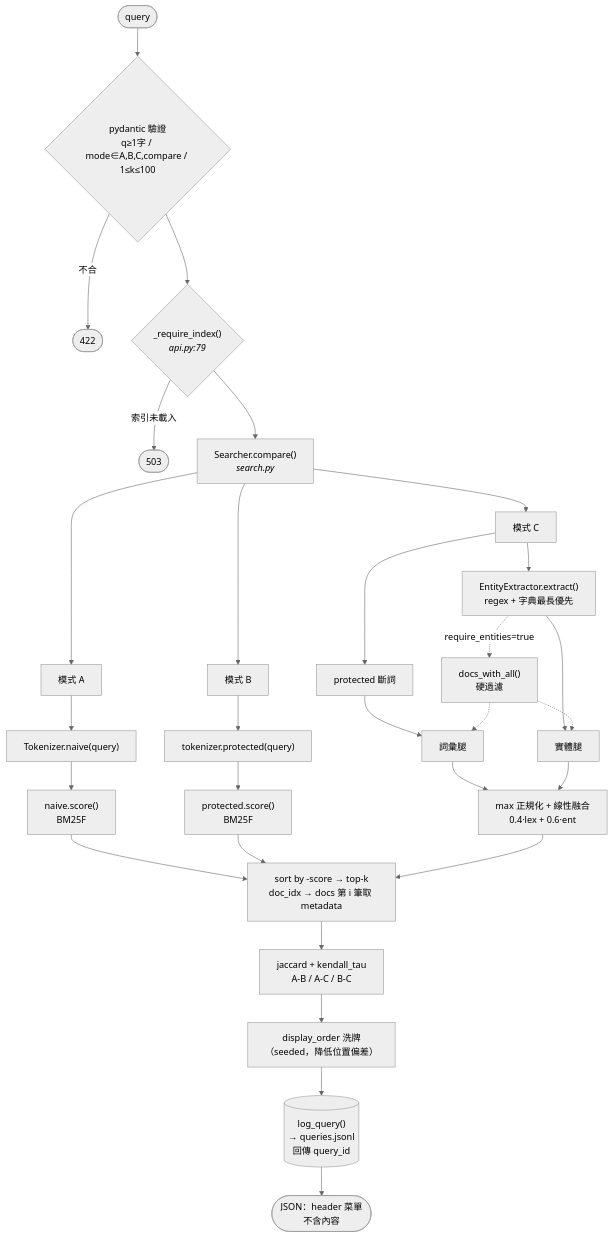
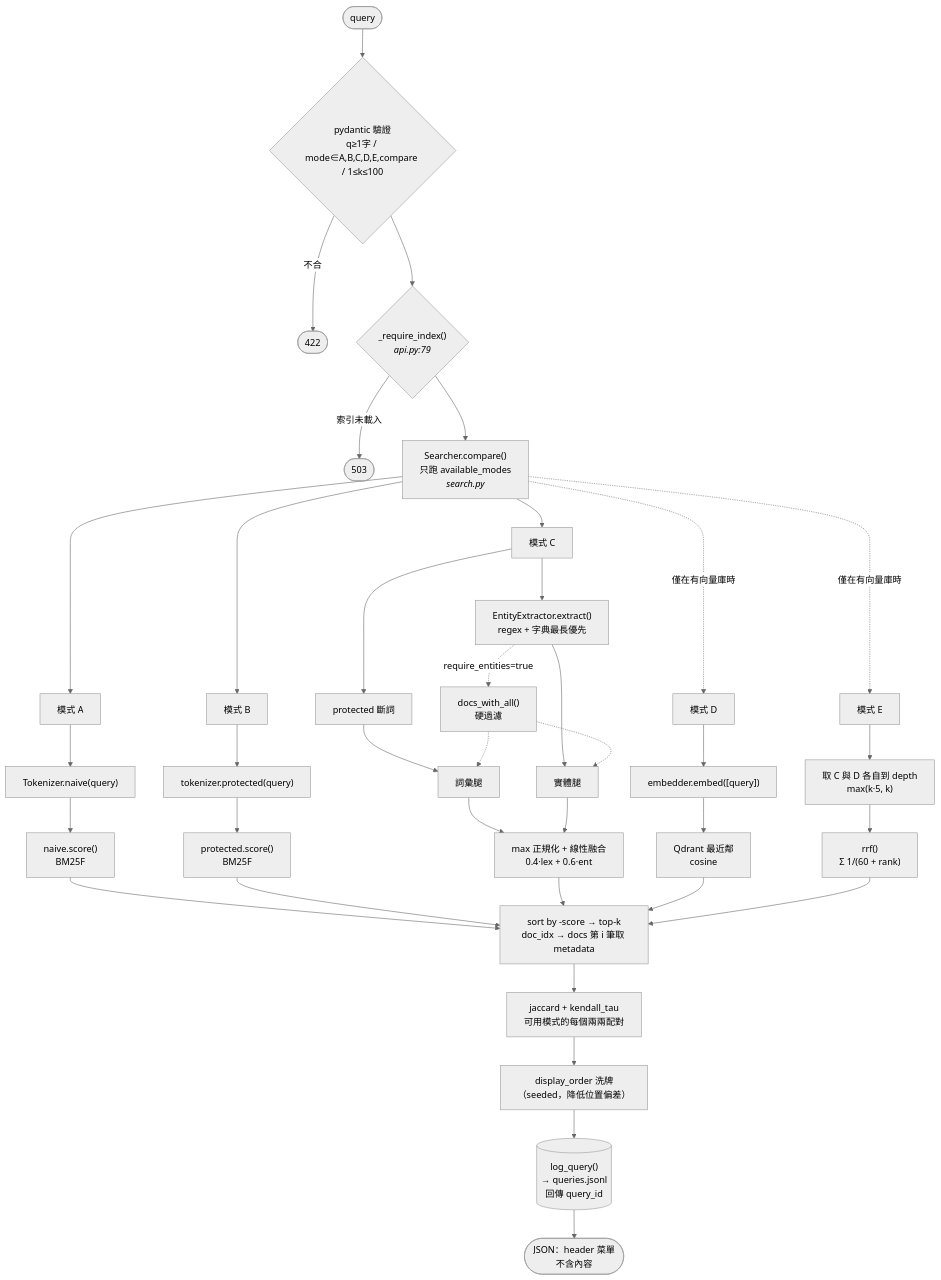
Before and after one commit to yiting-tom/YEDAI: the fourth of 9 diagrams in docs/data-flow.md, drawn with Mermaid (neutral theme). The commit also changed other lines of this file and 9 other files, not shown here.

````diff
--- a/docs/data-flow.md
+++ b/docs/data-flow.md
@@ -124,32 +177,39 @@
 ```mermaid
 flowchart TB
-  Q(["query"]) --> V{"pydantic 驗證<br/>q≥1字 / mode∈A,B,C,compare / 1≤k≤100"}
+  Q(["query"]) --> V{"pydantic 驗證<br/>q≥1字 / mode∈A,B,C,D,E,compare / 1≤k≤100"}
   V -->|不合| E422(["422"])
   V --> R{"_require_index()<br/><i>api.py:79</i>"}
   R -->|索引未載入| E503(["503"])
-  R --> CMP["Searcher.compare()<br/><i>search.py</i>"]
+  R --> CMP["Searcher.compare()<br/>只跑 available_modes<br/><i>search.py</i>"]
 
   CMP --> MA["模式 A"]
   CMP --> MB["模式 B"]
   CMP --> MC["模式 C"]
+  CMP -.->|"僅在有向量庫時"| MD["模式 D"]
+  CMP -.->|"僅在有向量庫時"| ME["模式 E"]
 
   MA --> A1["Tokenizer.naive(query)"] --> A2["naive.score()<br/>BM25F"]
   MB --> B1["tokenizer.protected(query)"] --> B2["protected.score()<br/>BM25F"]
 
   MC --> C1["protected 斷詞"] --> C3["詞彙腿"]
   MC --> C2["EntityExtractor.extract()<br/>regex + 字典最長優先"] --> C4["實體腿"]
   C2 -.->|"require_entities=true"| HF["docs_with_all()<br/>硬過濾"]
   HF -.-> C3
   HF -.-> C4
   C3 --> FUSE["max 正規化 + 線性融合<br/>0.4·lex + 0.6·ent"]
   C4 --> FUSE
 
+  MD --> D1["embedder.embed([query])"] --> D2["Qdrant 最近鄰<br/>cosine"]
+  ME --> E1["取 C 與 D 各自到 depth<br/>max(k·5, k)"] --> E2["rrf()<br/>Σ 1/(60 + rank)"]
+
   A2 --> RANK["sort by -score → top-k<br/>doc_idx → docs 第 i 筆取 metadata"]
   B2 --> RANK
   FUSE --> RANK
+  D2 --> RANK
+  E2 --> RANK
 
-  RANK --> OV["jaccard + kendall_tau<br/>A-B / A-C / B-C"]
+  RANK --> OV["jaccard + kendall_tau<br/>可用模式的每個兩兩配對"]
   OV --> SH["display_order 洗牌<br/>（seeded，降低位置偏差）"]
   SH --> LG[("log_query()<br/>→ queries.jsonl<br/>回傳 query_id")]
   LG --> OUT(["JSON：header 菜單<br/>不含內容"])
 ```
````
